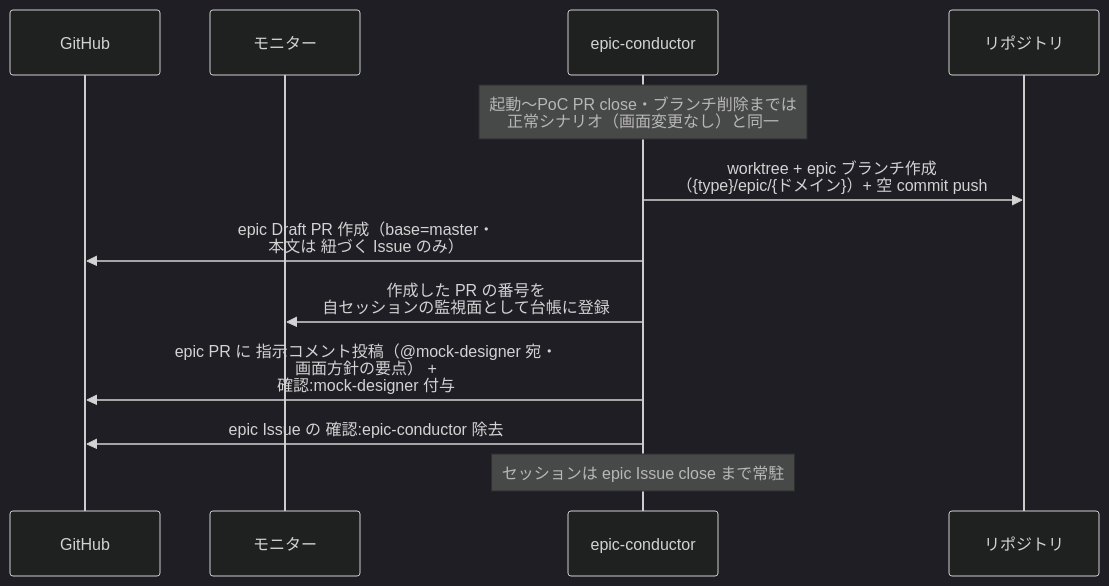
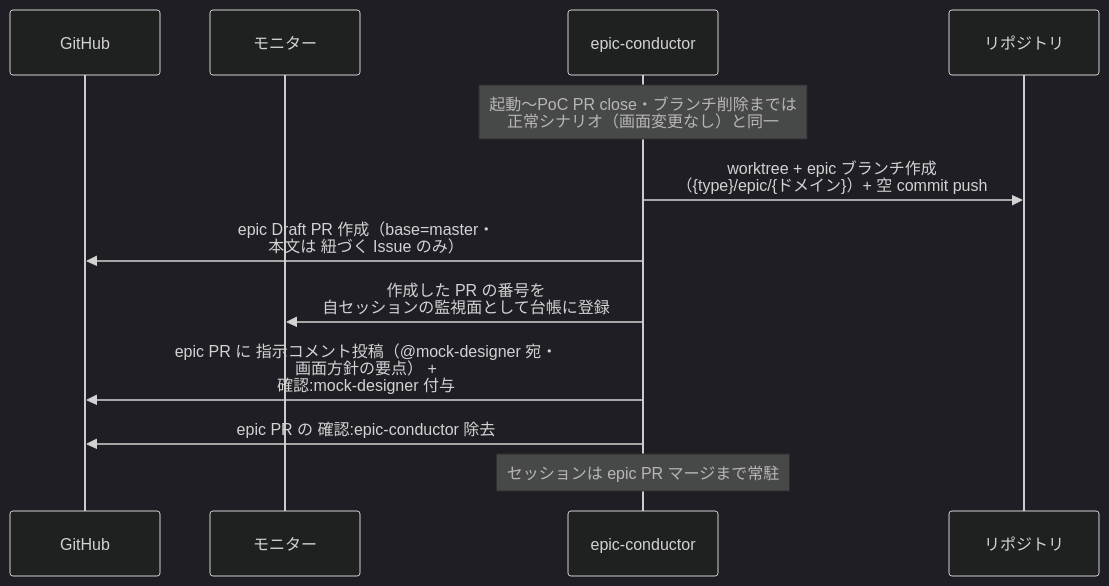
Before and after one commit to shuhei1101/ai-monitor: the second of 4 diagrams in docs/wiki/設計図/シナリオ/単一ユースケース/PoC結果確認.md, drawn with Mermaid (dark theme). The commit also changed other lines of this file and 256 other files, not shown here.

````diff
--- a/docs/wiki/設計図/シナリオ/単一ユースケース/PoC結果確認.md
+++ b/docs/wiki/設計図/シナリオ/単一ユースケース/PoC結果確認.md
@@ -77,15 +77,15 @@
 ```mermaid
 sequenceDiagram
   participant GH as GitHub
   participant ORC as モニター
   participant MON as epic-conductor
   participant REPO as リポジトリ
 
   Note over MON: 起動〜PoC PR close・ブランチ削除までは<br>正常シナリオ（画面変更なし）と同一
   MON->>REPO: worktree + epic ブランチ作成<br>（{type}/epic/{ドメイン}）+ 空 commit push
   MON->>GH: epic Draft PR 作成（base=master・<br>本文は 紐づく Issue のみ）
   MON->>ORC: 作成した PR の番号を<br>自セッションの監視面として台帳に登録
   MON->>GH: epic PR に 指示コメント投稿（@mock-designer 宛・<br>画面方針の要点） +<br>確認:mock-designer 付与
-  MON->>GH: epic Issue の 確認:epic-conductor 除去
-  Note over MON: セッションは epic Issue close まで常駐
+  MON->>GH: epic PR の 確認:epic-conductor 除去
+  Note over MON: セッションは epic PR マージまで常駐
 ```
````
